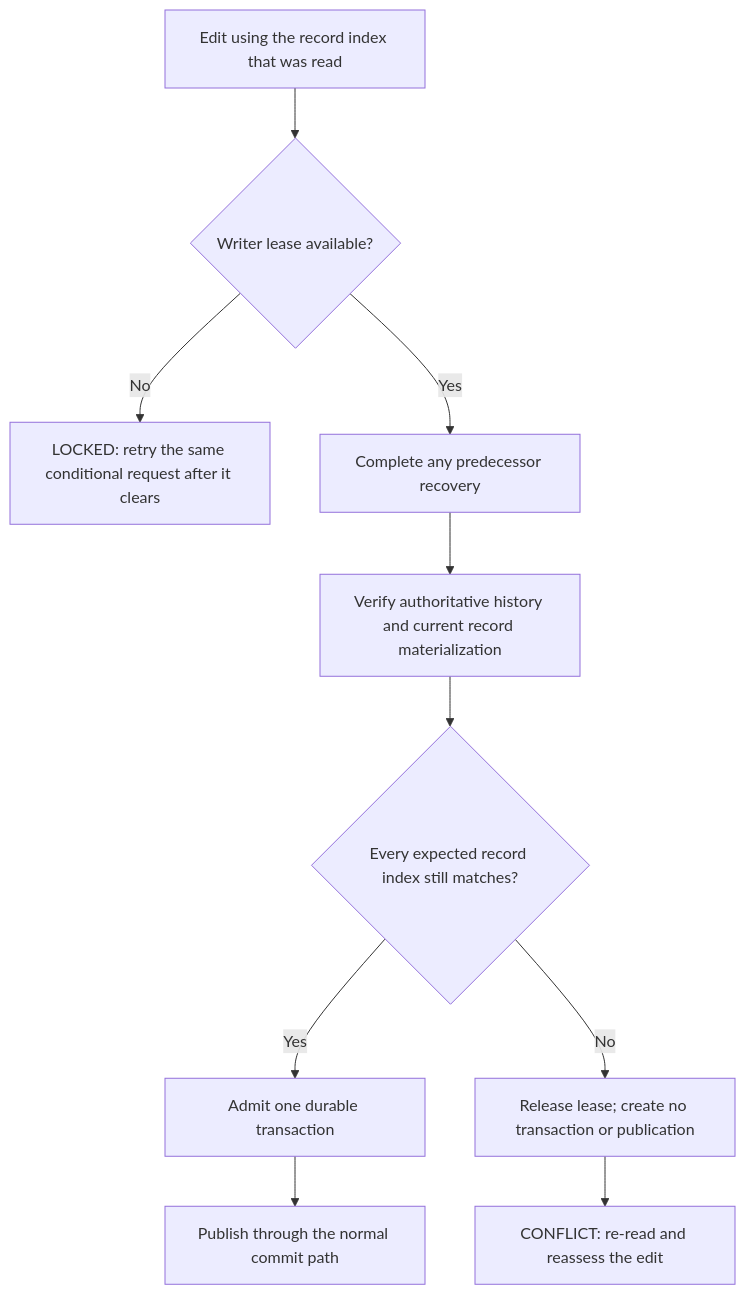
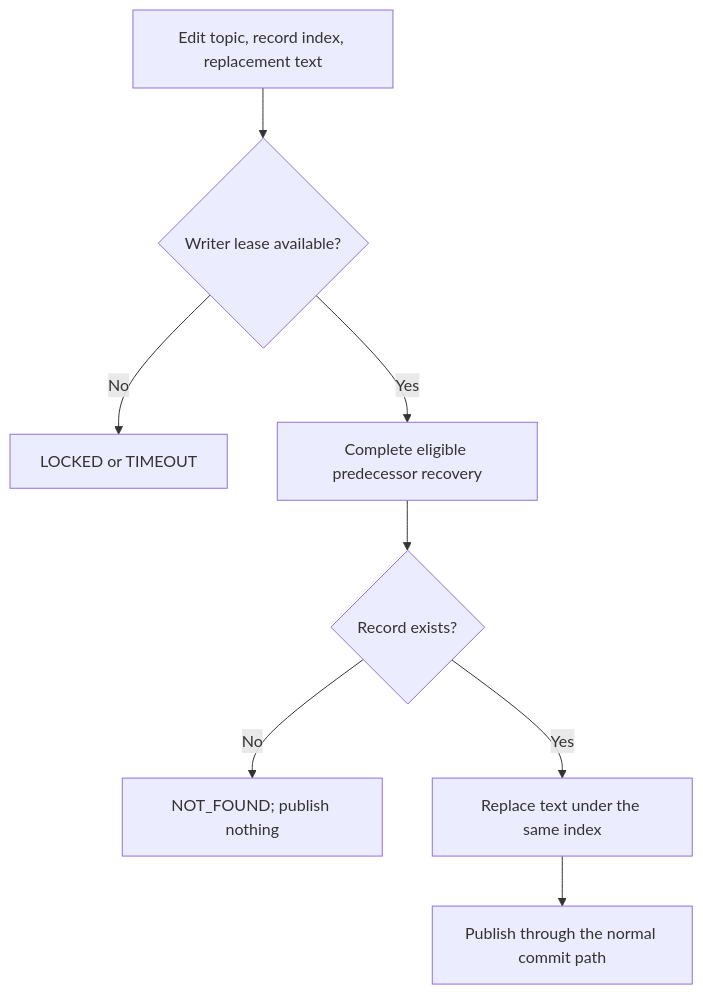
One commit to danlavee/Conductor changed the fourth of 7 diagrams in docs/use-case.md. Above: the diagram before and after it, drawn with Mermaid. The commit also changed other lines of this file and 84 other files, not shown here.

````diff
--- a/docs/use-case.md
+++ b/docs/use-case.md
@@ -87,12 +87,10 @@
 ```mermaid
 flowchart TD
-    E["Edit using the record index that was read"] --> L{"Writer lease available?"}
-    L -- "No" --> B["LOCKED: retry the same conditional request after it clears"]
-    L -- "Yes" --> R["Complete any predecessor recovery"]
-    R --> V["Verify authoritative history and current record materialization"]
-    V --> C{"Every expected record index still matches?"}
-    C -- "Yes" --> A["Admit one durable transaction"]
+    E["Edit topic, record index, replacement text"] --> L{"Writer lease available?"}
+    L -- "No" --> B["LOCKED or TIMEOUT"]
+    L -- "Yes" --> R["Complete eligible predecessor recovery"]
+    R --> V{"Record exists?"}
+    V -- "No" --> N["NOT_FOUND; publish nothing"]
+    V -- "Yes" --> A["Replace text under the same index"]
     A --> P["Publish through the normal commit path"]
-    C -- "No" --> X["Release lease; create no transaction or publication"]
-    X --> F["CONFLICT: re-read and reassess the edit"]
 ```
````
